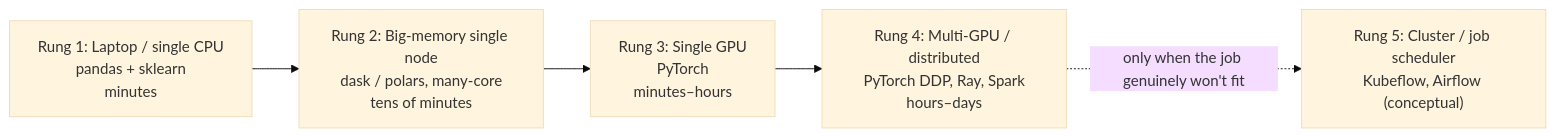
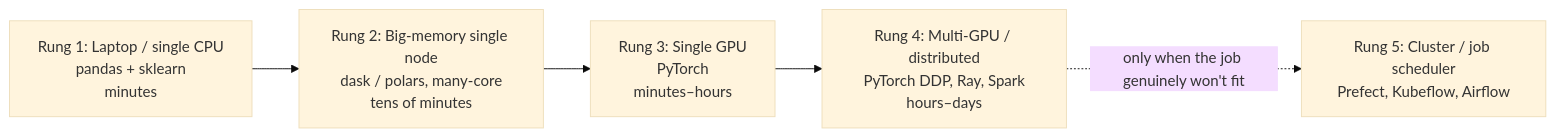
Before and after one commit to akshayDev17/ML-Engineer: the first of 2 diagrams in modules/08-training-infrastructure/README.md, drawn with Mermaid (base theme). The commit also changed 16 other files, not shown here.

````diff
--- a/modules/08-training-infrastructure/README.md
+++ b/modules/08-training-infrastructure/README.md
@@ -31,7 +31,7 @@
 ```mermaid
 flowchart LR
     A["Rung 1: Laptop / single CPU<br/>pandas + sklearn<br/>minutes"] --> B["Rung 2: Big-memory single node<br/>dask / polars, many-core<br/>tens of minutes"]
     B --> C["Rung 3: Single GPU<br/>PyTorch<br/>minutes–hours"]
     C --> D["Rung 4: Multi-GPU / distributed<br/>PyTorch DDP, Ray, Spark<br/>hours–days"]
-    D -.->|"only when the job genuinely won't fit"| E["Rung 5: Cluster / job scheduler<br/>Kubeflow, Airflow (conceptual)"]
+    D -.->|"only when the job genuinely won't fit"| E["Rung 5: Cluster / job scheduler<br/>Prefect, Kubeflow, Airflow"]
 ```
````
